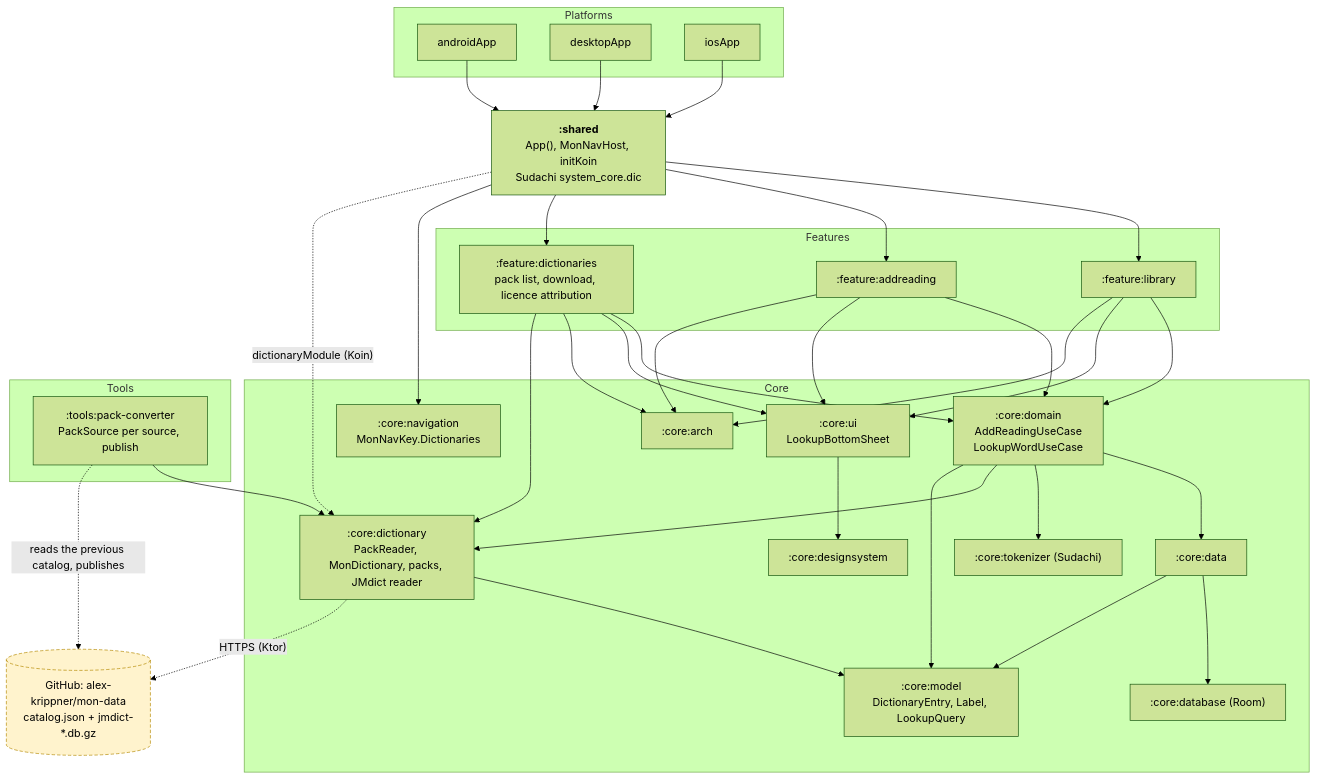
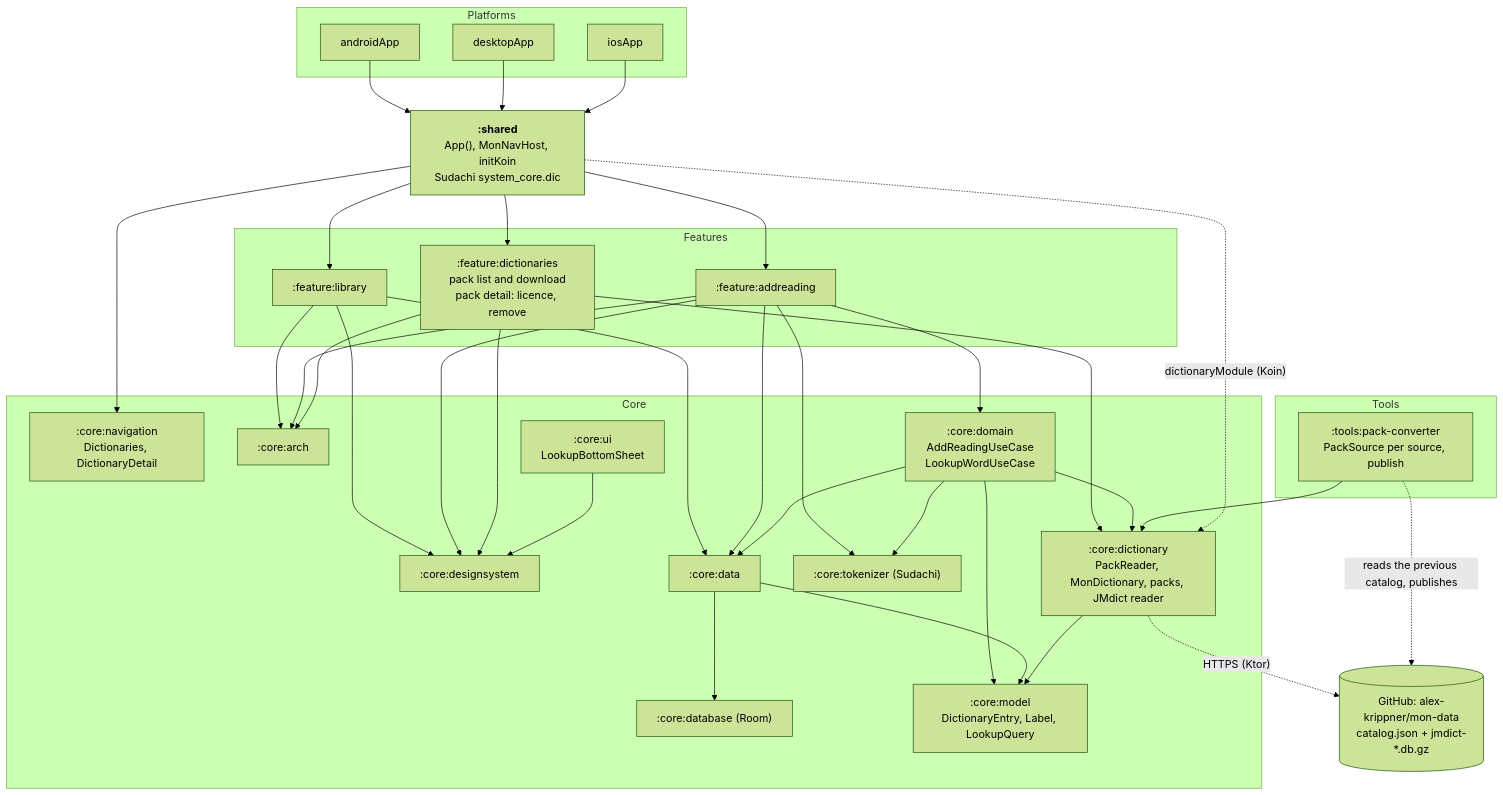
One commit to alex-krippner/mon changed the first of 2 diagrams in docs/dictionary-architecture.md. Above: the diagram before and after it, drawn with Mermaid (forest theme). The commit also changed other lines of this file and 12 other files, not shown here.

First line of the commit message:
Fix the pack detail screen after a restore and failed removals

````diff
--- a/docs/dictionary-architecture.md
+++ b/docs/dictionary-architecture.md
@@ -26,54 +25,52 @@
 ```mermaid
 flowchart TB
-  classDef planned fill:#fff3cd,stroke:#b58900,stroke-dasharray: 5 3,color:#000
-
   subgraph Platforms
     androidApp
     desktopApp
     iosApp
   end
 
   shared["<b>:shared</b><br/>App(), MonNavHost, initKoin<br/>Sudachi system_core.dic"]
 
   subgraph Features
     library[":feature:library"]
     addreading[":feature:addreading"]
-    dictionaries[":feature:dictionaries<br/>pack list, download, licence attribution"]
+    dictionaries[":feature:dictionaries<br/>pack list and download<br/>pack detail: licence, remove"]
   end
 
   subgraph Core
-    nav[":core:navigation<br/>MonNavKey.Dictionaries"]
+    nav[":core:navigation<br/>Dictionaries, DictionaryDetail"]
     arch[":core:arch"]
     ui[":core:ui<br/>LookupBottomSheet"]
     ds[":core:designsystem"]
     domain[":core:domain<br/>AddReadingUseCase<br/>LookupWordUseCase"]
     data[":core:data"]
     db[":core:database (Room)"]
     tok[":core:tokenizer (Sudachi)"]
     dict[":core:dictionary<br/>PackReader, MonDictionary, packs, JMdict reader"]
     model[":core:model<br/>DictionaryEntry, Label, LookupQuery"]
   end
 
   subgraph Tools
     conv[":tools:pack-converter<br/>PackSource per source, publish"]
   end
 
-  mondata[("GitHub: alex-krippner/mon-data<br/>catalog.json + jmdict-*.db.gz")]:::planned
+  mondata[("GitHub: alex-krippner/mon-data<br/>catalog.json + jmdict-*.db.gz")]
 
   androidApp --> shared
   desktopApp --> shared
   iosApp --> shared
   shared --> library & addreading & dictionaries & nav
-  library & addreading & dictionaries --> domain
-  library & addreading & dictionaries --> ui
-  library & addreading & dictionaries --> arch
+  library --> data
+  addreading --> domain & data & tok
   dictionaries --> dict
+  library & addreading & dictionaries --> ds & arch
   ui --> ds
   domain --> data & tok & dict & model
   data --> db & model
   dict --> model
   conv --> dict
   conv -. "reads the previous catalog, publishes" .-> mondata
   dict -. "HTTPS (Ktor)" .-> mondata
   shared -. "dictionaryModule (Koin)" .-> dict
 ```
````
